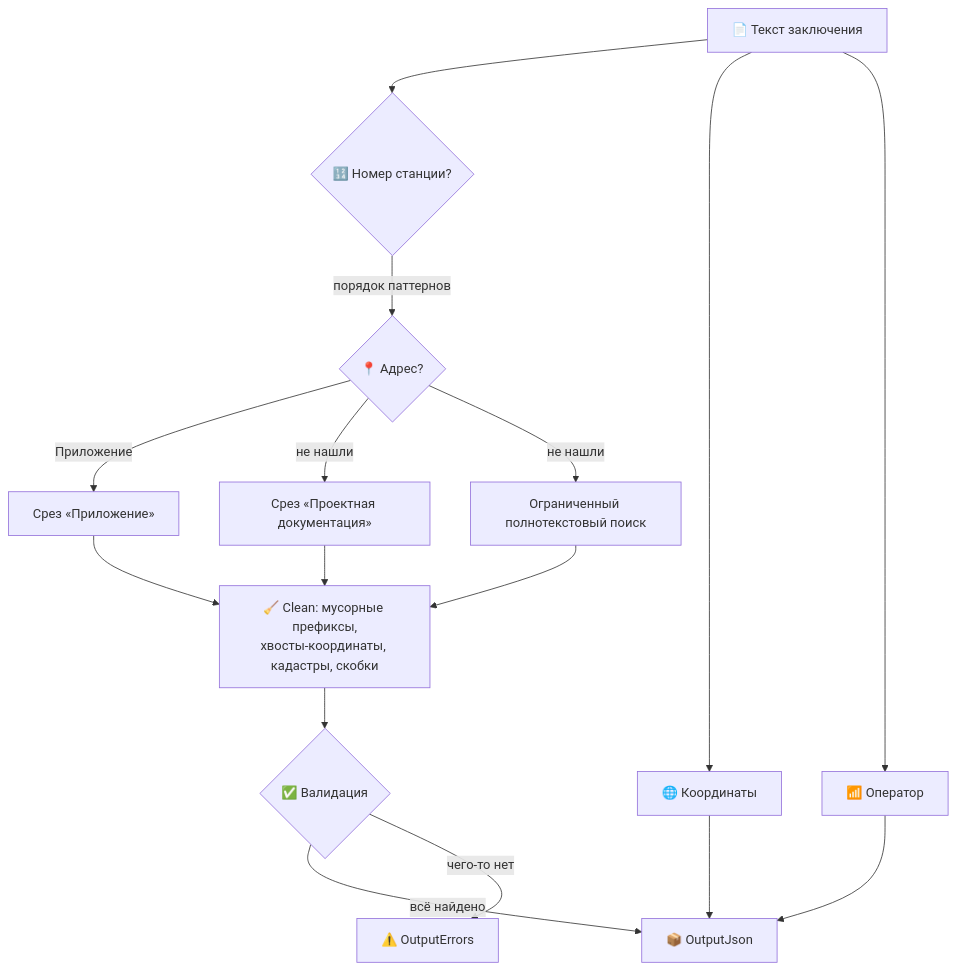
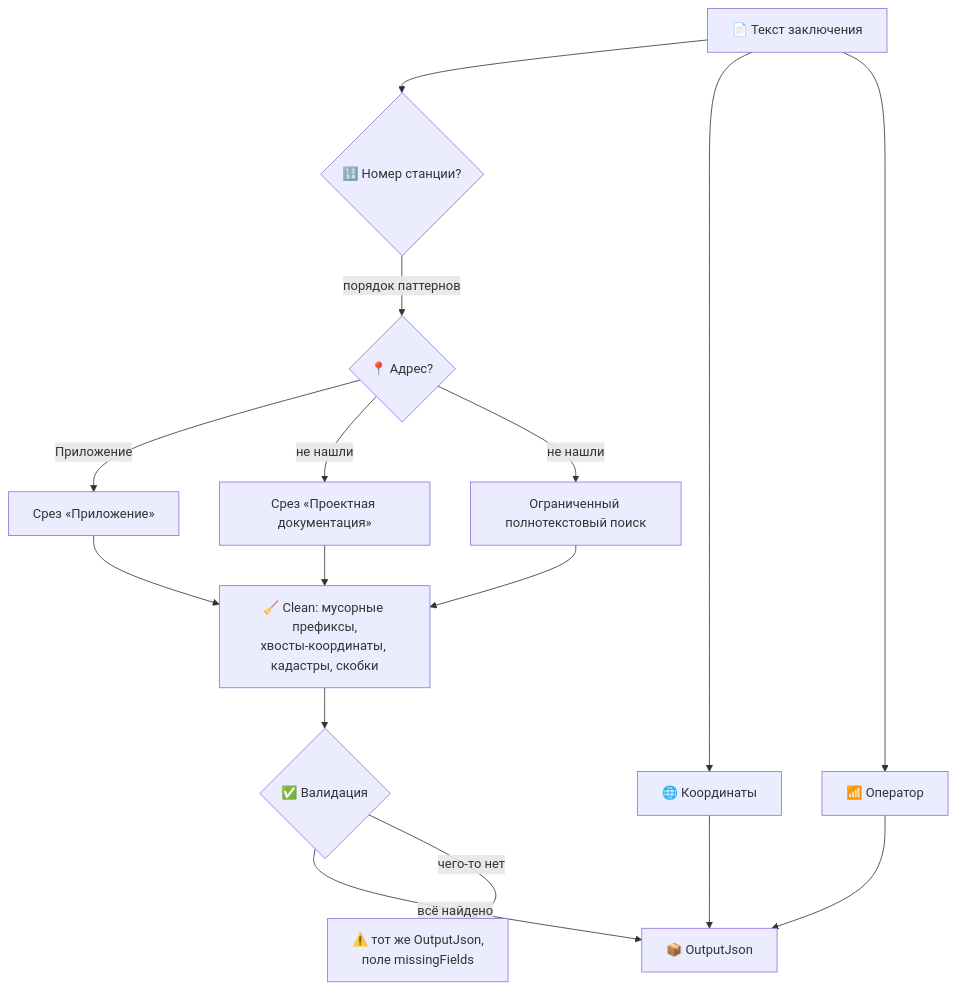
Before and after one commit to akprof2000/Get-data-from-fp.crc.ru: the fourth of 5 diagrams in README.md, drawn with Mermaid. The commit also changed other lines of this file and 2 other files, not shown here.

````diff
--- a/README.md
+++ b/README.md
@@ -219,14 +285,14 @@
 ```mermaid
 flowchart TB
     T[📄 Текст заключения] --> N{🔢 Номер станции?}
     N -->|порядок паттернов| A{📍 Адрес?}
     A -->|Приложение| A1[Срез «Приложение»]
     A -->|не нашли| A2[Срез «Проектная документация»]
     A -->|не нашли| A3[Ограниченный полнотекстовый поиск]
     A1 & A2 & A3 --> CL[🧹 Clean: мусорные префиксы,<br>хвосты-координаты, кадастры, скобки]
     CL --> V{✅ Валидация}
     V -->|всё найдено| OK[📦 OutputJson]
-    V -->|чего-то нет| ERR[⚠️ OutputErrors]
+    V -->|чего-то нет| ERR[⚠️ тот же OutputJson,<br>поле missingFields]
     T --> C[🌐 Координаты] --> OK
     T --> O[📶 Оператор] --> OK
 ```
````
